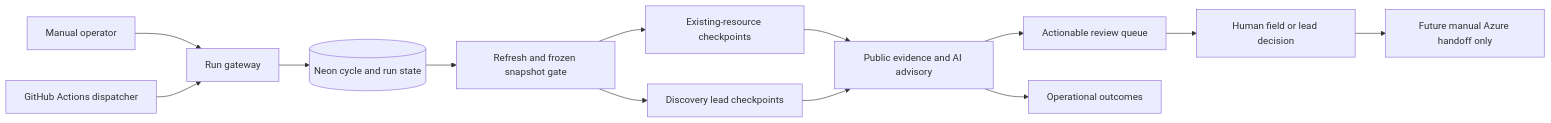
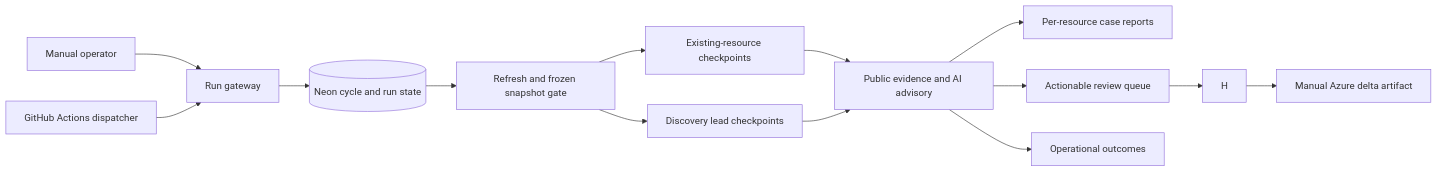
One commit to sajor2000/CBO_Chicago_Scraper changed the first of 2 diagrams in docs/plans/2026-08-14-0555-feat-recurring-cbo-verification-plan.md. Above: the diagram before and after it, drawn with Mermaid. The commit also changed other lines of this file and 7 other files, not shown here.

````diff
--- a/docs/plans/2026-08-14-0555-feat-recurring-cbo-verification-plan.md
+++ b/docs/plans/2026-08-14-0555-feat-recurring-cbo-verification-plan.md
@@ -98,15 +107,16 @@
 ```mermaid
 flowchart LR
   M[Manual operator] --> G[Run gateway]
   S[GitHub Actions dispatcher] --> G
   G --> N[(Neon cycle and run state)]
   N --> R[Refresh and frozen snapshot gate]
   R --> V[Existing-resource checkpoints]
   R --> D[Discovery lead checkpoints]
   V --> E[Public evidence and AI advisory]
   D --> E
+  E --> P[Per-resource case reports]
   E --> Q[Actionable review queue]
   E --> O[Operational outcomes]
-  Q --> H[Human field or lead decision]
-  H --> X[Future manual Azure handoff only]
+  Q --> H
+  H --> X[Manual Azure delta artifact]
 ```
````
